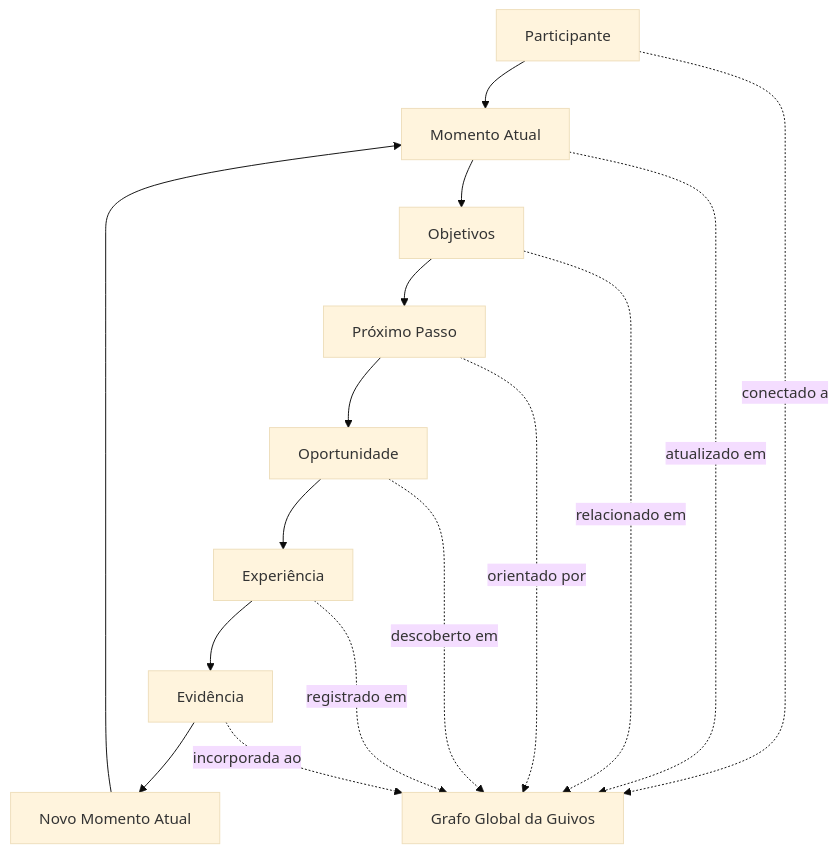
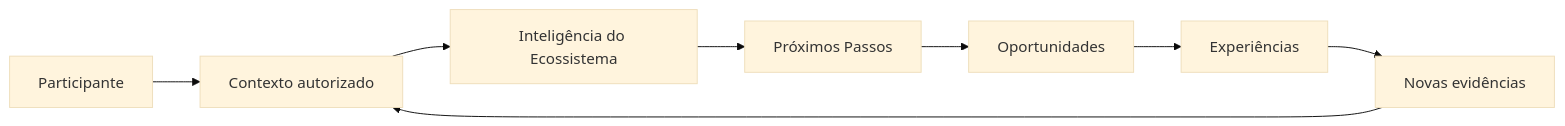
Before and after one commit to guivos-repositorio/Guivos-Knowledge-Repository: the second of 6 diagrams in docs/public/guia-oficial-da-guivos.md, drawn with Mermaid (base theme). The commit also changed other lines of this file, not shown here.

Commit message:
docs(public): update official guide to architecture-aligned v4

````diff
--- a/docs/public/guia-oficial-da-guivos.md
+++ b/docs/public/guia-oficial-da-guivos.md
@@ -547,29 +450,18 @@
 ```mermaid
-flowchart TD
-    P[Participante]
-    MA[Momento Atual]
-    O[Objetivos]
-    PP[Próximo Passo]
-    OP[Oportunidade]
-    E[Experiência]
-    EV[Evidência]
-    NM[Novo Momento Atual]
-    G[Grafo Global da Guivos]
+flowchart LR
+    A[Participante]
+    B[Contexto autorizado]
+    C[Inteligência do Ecossistema]
+    D[Próximos Passos]
+    E[Oportunidades]
+    F[Experiências]
+    G[Novas evidências]
 
-    P --> MA
-    MA --> O
-    O --> PP
-    PP --> OP
-    OP --> E
-    E --> EV
-    EV --> NM
-    NM --> MA
-
-    P -. conectado a .-> G
-    MA -. atualizado em .-> G
-    O -. relacionado em .-> G
-    PP -. orientado por .-> G
-    OP -. descoberto em .-> G
-    E -. registrado em .-> G
-    EV -. incorporada ao .-> G
+    A --> B
+    B --> C
+    C --> D
+    D --> E
+    E --> F
+    F --> G
+    G --> B
 ```
````
